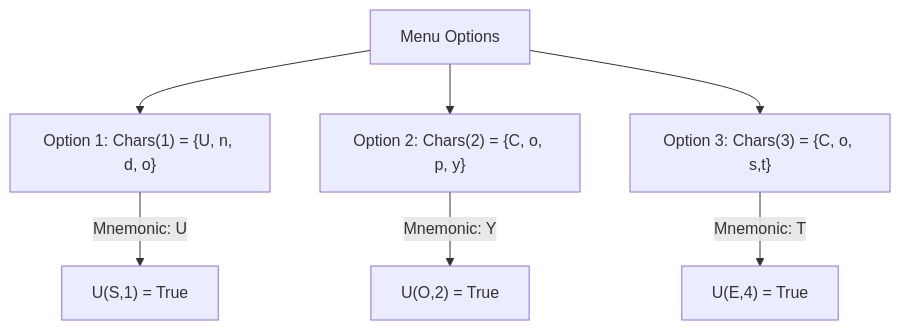
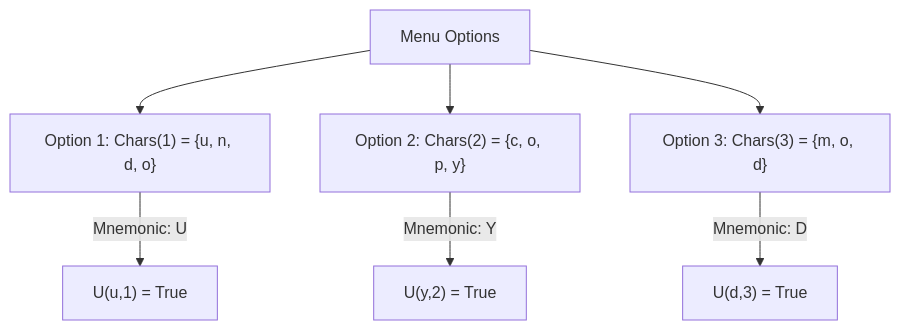
One commit to flandrade/sat-solver-ts changed the diagram in README.md. Above: the diagram before and after it, drawn with Mermaid. The commit also changed other lines of this file, not shown here.

````diff
--- a/README.md
+++ b/README.md
@@ -33,10 +41,10 @@
 ```mermaid
 graph TD
-    A[Menu Options] --> B["Option 1: Chars(1) = {U, n, d, o}"]
-    A --> C["Option 2: Chars(2) = {C, o, p, y}"]
-    A --> D["Option 3: Chars(3) = {C, o, s,t}"]
+    A[Menu Options] --> B["Option 1: Chars(1) = {u, n, d, o}"]
+    A --> C["Option 2: Chars(2) = {c, o, p, y}"]
+    A --> D["Option 3: Chars(3) = {m, o, d}"]
 
-    B --> |Mnemonic: U| E["U(S,1) = True"]
-    C --> |Mnemonic: Y| F["U(O,2) = True"]
-    D --> |Mnemonic: T| G["U(E,4) = True"]
+    B --> |Mnemonic: U| E["U(u,1) = True"]
+    C --> |Mnemonic: Y| F["U(y,2) = True"]
+    D --> |Mnemonic: D| G["U(d,3) = True"]
 ```
````
